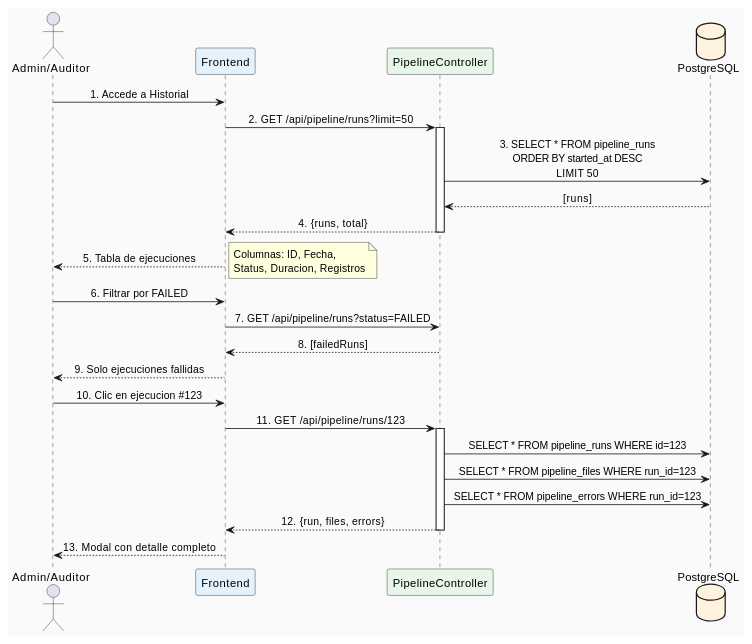
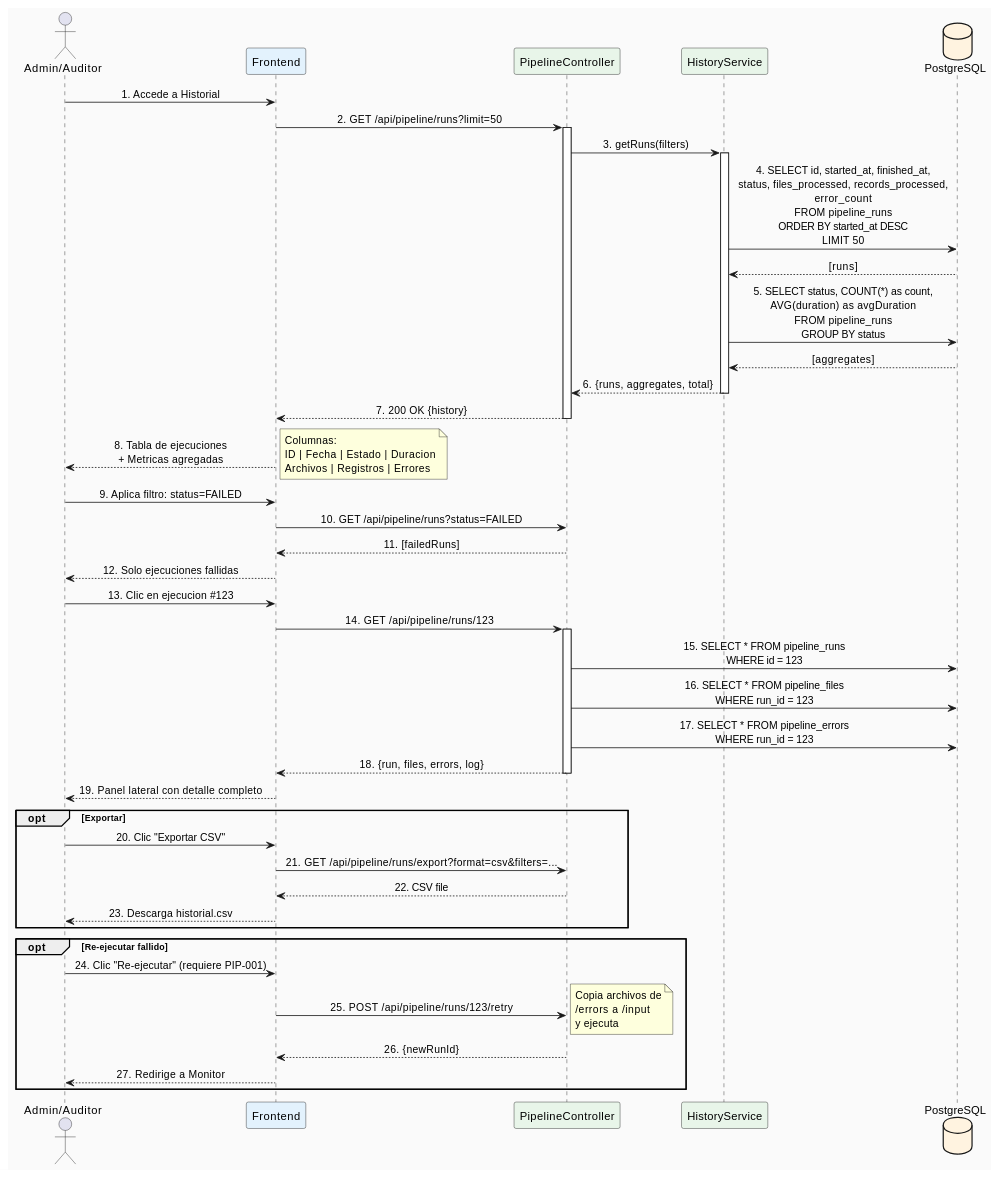
Before and after one commit to jcg-admin/IACT-docs: the second of 3 diagrams in source/requisitos/casos_uso/pipeline/UC_053_Historial_Pipeline.rst, drawn with PlantUML. The commit also changed other lines of this file and 4 other files, not shown here.

```diff
--- a/source/requisitos/casos_uso/pipeline/UC_053_Historial_Pipeline.rst
+++ b/source/requisitos/casos_uso/pipeline/UC_053_Historial_Pipeline.rst
@@ -158,44 +188,73 @@
 .. uml::
    :caption: Secuencia - UC-053 Historial Pipeline
    :align: center
 
    @startuml
    skinparam backgroundColor #FAFAFA
    skinparam sequenceMessageAlign center
 
    actor "Admin/Auditor" as U
    participant "Frontend" as FE #E3F2FD
    participant "PipelineController" as PC #E8F5E9
+   participant "HistoryService" as HS #E8F5E9
    database "PostgreSQL" as DB #FFF3E0
 
    U -> FE: 1. Accede a Historial
    FE -> PC: 2. GET /api/pipeline/runs?limit=50
    activate PC
 
-   PC -> DB: 3. SELECT * FROM pipeline_runs\nORDER BY started_at DESC\nLIMIT 50
-   DB --> PC: [runs]
+   PC -> HS: 3. getRuns(filters)
+   activate HS
 
-   PC --> FE: 4. {runs, total}
+   HS -> DB: 4. SELECT id, started_at, finished_at,\nstatus, files_processed, records_processed,\nerror_count\nFROM pipeline_runs\nORDER BY started_at DESC\nLIMIT 50
+   DB --> HS: [runs]
+
+   HS -> DB: 5. SELECT status, COUNT(*) as count,\nAVG(duration) as avgDuration\nFROM pipeline_runs\nGROUP BY status
+   DB --> HS: [aggregates]
+
+   HS --> PC: 6. {runs, aggregates, total}
+   deactivate HS
+
+   PC --> FE: 7. 200 OK {history}
    deactivate PC
 
-   FE --> U: 5. Tabla de ejecuciones
-   note right: Columnas: ID, Fecha,\nStatus, Duracion, Registros
+   FE --> U: 8. Tabla de ejecuciones\n+ Metricas agregadas
+   note right
+       Columnas:
+       ID | Fecha | Estado | Duracion
+       Archivos | Registros | Errores
+   end note
 
-   U -> FE: 6. Filtrar por FAILED
-   FE -> PC: 7. GET /api/pipeline/runs?status=FAILED
-   PC --> FE: 8. [failedRuns]
-   FE --> U: 9. Solo ejecuciones fallidas
+   U -> FE: 9. Aplica filtro: status=FAILED
+   FE -> PC: 10. GET /api/pipeline/runs?status=FAILED
+   PC --> FE: 11. [failedRuns]
+   FE --> U: 12. Solo ejecuciones fallidas
 
-   U -> FE: 10. Clic en ejecucion #123
-   FE -> PC: 11. GET /api/pipeline/runs/123
+   U -> FE: 13. Clic en ejecucion #123
+   FE -> PC: 14. GET /api/pipeline/runs/123
    activate PC
 
-   PC -> DB: SELECT * FROM pipeline_runs WHERE id=123
-   PC -> DB: SELECT * FROM pipeline_files WHERE run_id=123
-   PC -> DB: SELECT * FROM pipeline_errors WHERE run_id=123
+   PC -> DB: 15. SELECT * FROM pipeline_runs\nWHERE id = 123
+   PC -> DB: 16. SELECT * FROM pipeline_files\nWHERE run_id = 123
+   PC -> DB: 17. SELECT * FROM pipeline_errors\nWHERE run_id = 123
 
-   PC --> FE: 12. {run, files, errors}
+   PC --> FE: 18. {run, files, errors, log}
    deactivate PC
 
-   FE --> U: 13. Modal con detalle completo
+   FE --> U: 19. Panel lateral con detalle completo
+
+   opt Exportar
+       U -> FE: 20. Clic "Exportar CSV"
+       FE -> PC: 21. GET /api/pipeline/runs/export?format=csv&filters=...
+       PC --> FE: 22. CSV file
+       FE --> U: 23. Descarga historial.csv
+   end
+
+   opt Re-ejecutar fallido
+       U -> FE: 24. Clic "Re-ejecutar" (requiere PIP-001)
+       FE -> PC: 25. POST /api/pipeline/runs/123/retry
+       note right: Copia archivos de\n/errors a /input\ny ejecuta
+       PC --> FE: 26. {newRunId}
+       FE --> U: 27. Redirige a Monitor
+   end
    @enduml
```
